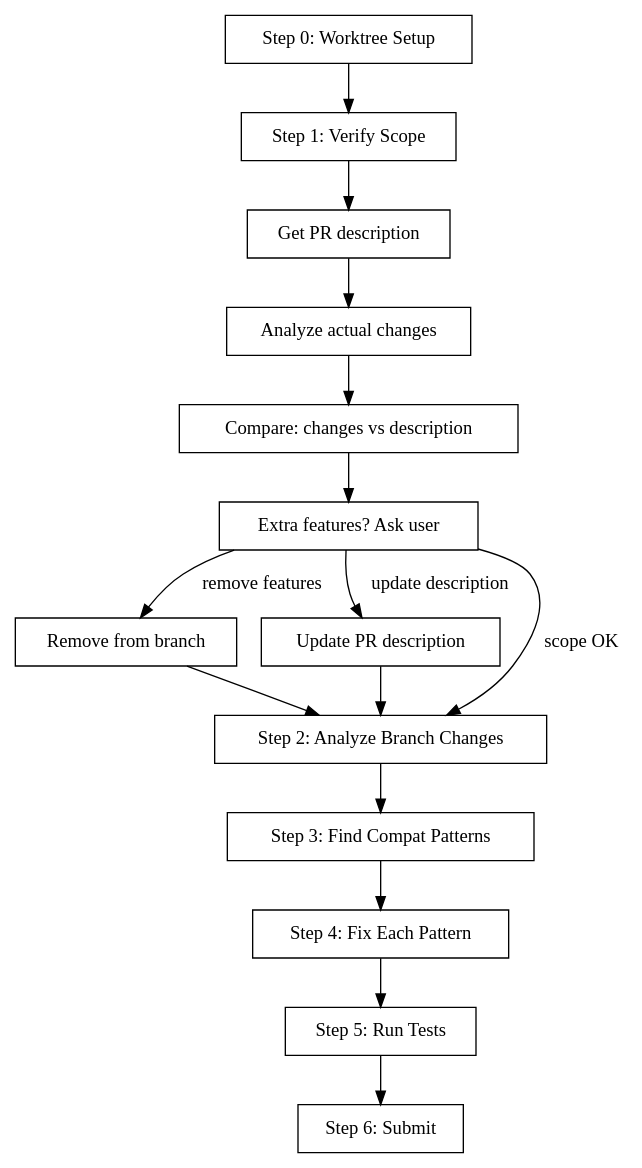
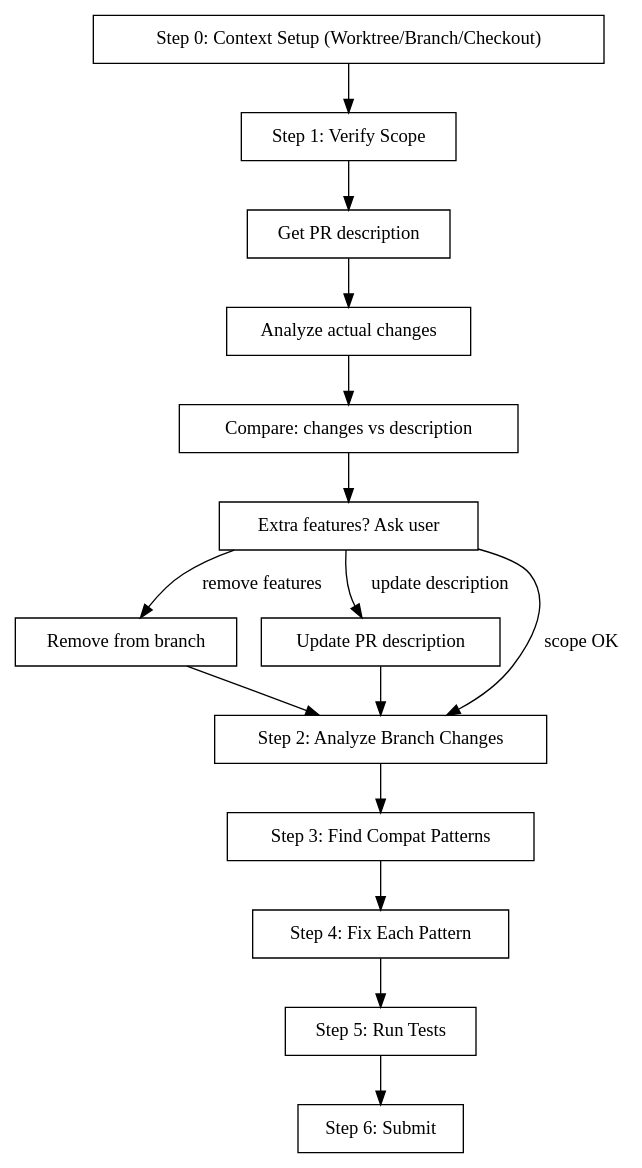
One commit to relh/metta changed the diagram in skills/pr.cool/SKILL.md. Above: the diagram before and after it, drawn with Graphviz. The commit also changed other lines of this file, not shown here.

First line of the commit message:
docs(skills): clarify pr.cool context options (#6228)

````diff
--- a/skills/pr.cool/SKILL.md
+++ b/skills/pr.cool/SKILL.md
@@ -24,29 +25,29 @@
 ```dot
 digraph cool {
   rankdir=TB;
   node [shape=box];
 
-  worktree [label="Step 0: Worktree Setup"];
+  context [label="Step 0: Context Setup (Worktree/Branch/Checkout)"];
   scope [label="Step 1: Verify Scope"];
   get_pr [label="Get PR description"];
   get_changes [label="Analyze actual changes"];
   compare [label="Compare: changes vs description"];
   ask [label="Extra features? Ask user"];
   remove [label="Remove from branch"];
   update_desc [label="Update PR description"];
 
   analyze [label="Step 2: Analyze Branch Changes"];
   find_compat [label="Step 3: Find Compat Patterns"];
   fix [label="Step 4: Fix Each Pattern"];
   test [label="Step 5: Run Tests"];
   submit [label="Step 6: Submit"];
 
-  worktree -> scope -> get_pr -> get_changes -> compare -> ask;
+  context -> scope -> get_pr -> get_changes -> compare -> ask;
   ask -> remove [label="remove features"];
   ask -> update_desc [label="update description"];
   ask -> analyze [label="scope OK"];
   remove -> analyze;
   update_desc -> analyze;
   analyze -> find_compat -> fix -> test -> submit;
 }
 ```
````
